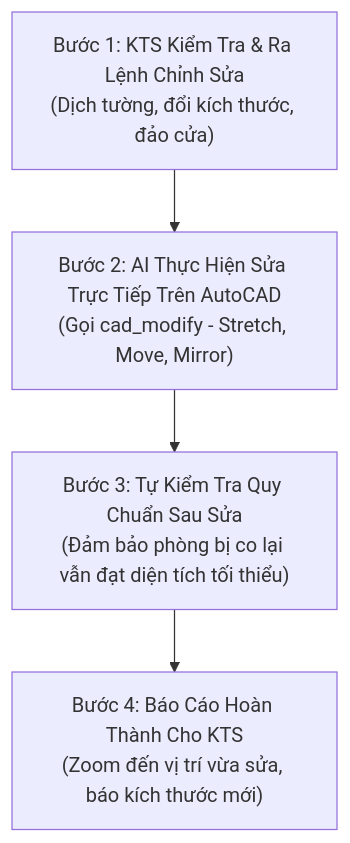
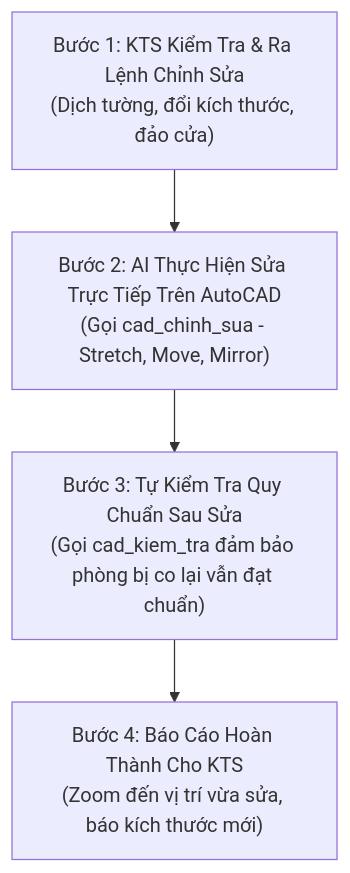
One commit to haianhdskt-boop/autocad-ai-mcp changed the second of 2 diagrams in WORKFLOW.md. Above: the diagram before and after it, drawn with Mermaid. The commit also changed other lines of this file and 4 other files, not shown here.

````diff
--- a/WORKFLOW.md
+++ b/WORKFLOW.md
@@ -108,10 +101,6 @@
 ```mermaid
 flowchart TD
-    M1["Bước 1: KTS Kiểm Tra & Ra Lệnh Chỉnh Sửa
-(Dịch tường, đổi kích thước, đảo cửa)"] --> M2["Bước 2: AI Thực Hiện Sửa Trực Tiếp Trên AutoCAD
-(Gọi cad_modify - Stretch, Move, Mirror)"]
-    M2 --> M3["Bước 3: Tự Kiểm Tra Quy Chuẩn Sau Sửa
-(Đảm bảo phòng bị co lại vẫn đạt diện tích tối thiểu)"]
-    M3 --> M4["Bước 4: Báo Cáo Hoàn Thành Cho KTS
-(Zoom đến vị trí vừa sửa, báo kích thước mới)"]
+    M1["Bước 1: KTS Kiểm Tra & Ra Lệnh Chỉnh Sửa\n(Dịch tường, đổi kích thước, đảo cửa)"] --> M2["Bước 2: AI Thực Hiện Sửa Trực Tiếp Trên AutoCAD\n(Gọi cad_chinh_sua - Stretch, Move, Mirror)"]
+    M2 --> M3["Bước 3: Tự Kiểm Tra Quy Chuẩn Sau Sửa\n(Gọi cad_kiem_tra đảm bảo phòng bị co lại vẫn đạt chuẩn)"]
+    M3 --> M4["Bước 4: Báo Cáo Hoàn Thành Cho KTS\n(Zoom đến vị trí vừa sửa, báo kích thước mới)"]
 ```
````
